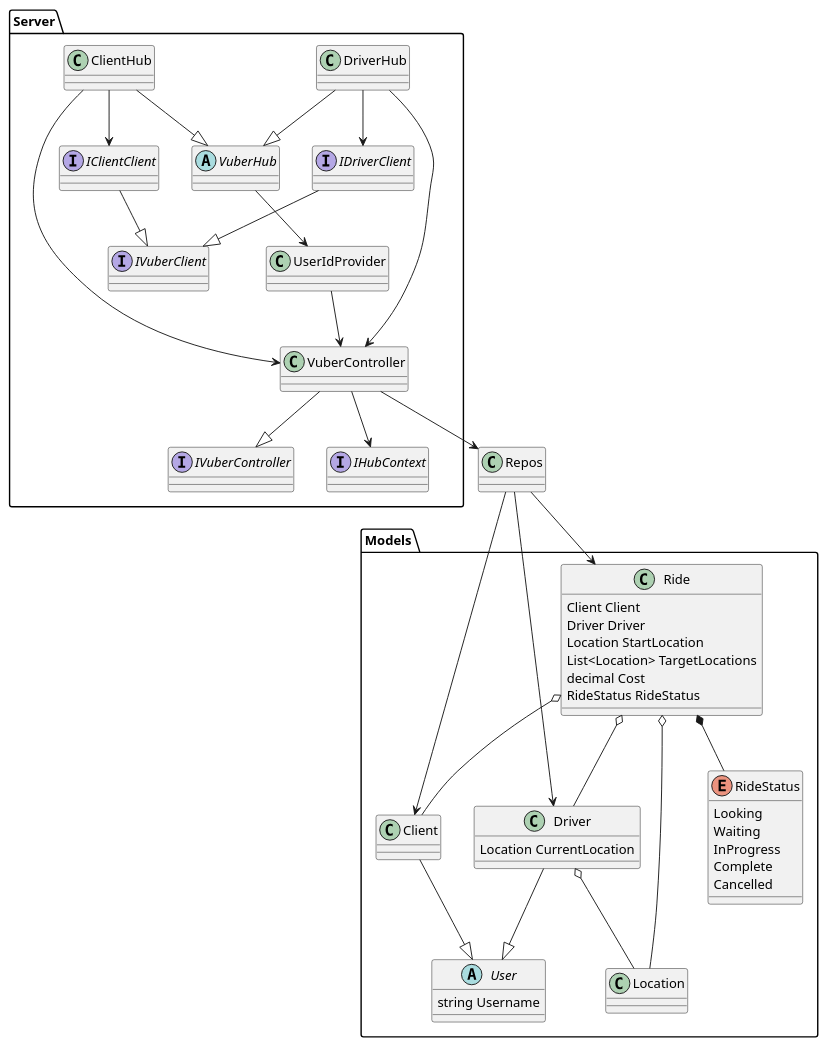
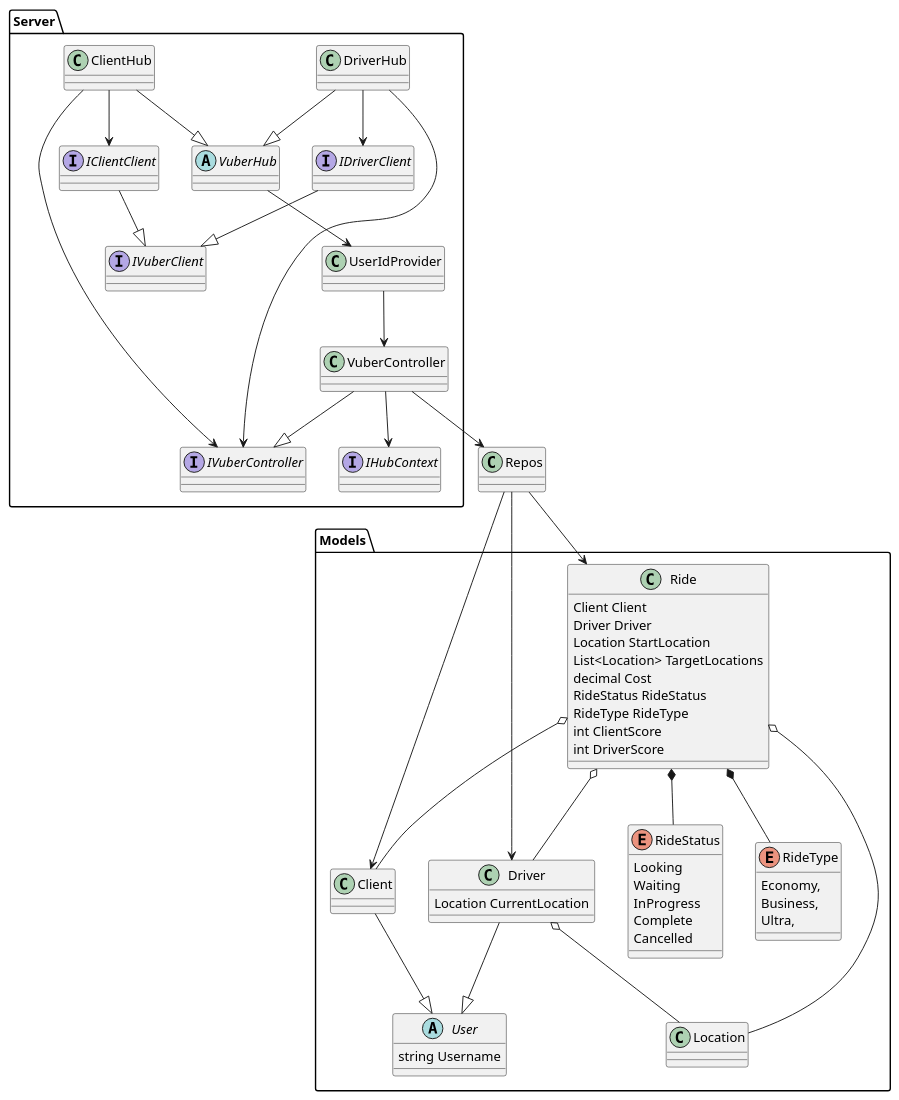
The diagram in docs/exam.puml (MegaBluejay/teamf_vuber), drawn with PlantUML before and after one commit. The commit also changed 1 other file, not shown here.

Commit message:
update uml

```diff
--- a/docs/exam.puml
+++ b/docs/exam.puml
@@ -1,77 +1,86 @@
 @startuml
 
 package Models {
         class Location
 
         abstract class User {
                 string Username
 
         }
         class Client
         class Driver {
                 Location CurrentLocation
         }
 
         enum RideStatus {
                 Looking
                 Waiting
                 InProgress
                 Complete
                 Cancelled
         }
+        enum RideType {
+                Economy,
+                Business,
+                Ultra,
+        }
         class Ride {
                 Client Client
                 Driver Driver
                 Location StartLocation
                 List<Location> TargetLocations
                 decimal Cost
                 RideStatus RideStatus
+                RideType RideType
+                int ClientScore
+                int DriverScore
         }
 
         Client --|> User
         Driver --|> User
 
         Driver o-- Location
 
         Ride o-- Client
         Ride o-- Driver
         Ride o-- Location
         Ride *-- RideStatus
+        Ride *-- RideType
 }
 
 class Repos
 Repos --> Client
 Repos --> Driver
 Repos --> Ride
 
 
 package Server {
         interface IVuberController
         interface IHubContext
         class VuberController
         VuberController --|> IVuberController
         VuberController --> Repos
         VuberController --> IHubContext
 
         abstract class VuberHub
         class ClientHub
         class DriverHub
         ClientHub --|> VuberHub
         DriverHub --|> VuberHub
-        ClientHub --> VuberController
-        DriverHub --> VuberController
+        ClientHub --> IVuberController
+        DriverHub --> IVuberController
 
         class UserIdProvider
         UserIdProvider --> VuberController
         VuberHub --> UserIdProvider
 
         interface IVuberClient
         interface IClientClient
         interface IDriverClient
         IClientClient --|> IVuberClient
         IDriverClient --|> IVuberClient
         ClientHub --> IClientClient
         DriverHub --> IDriverClient
 }
 
 @enduml
```
